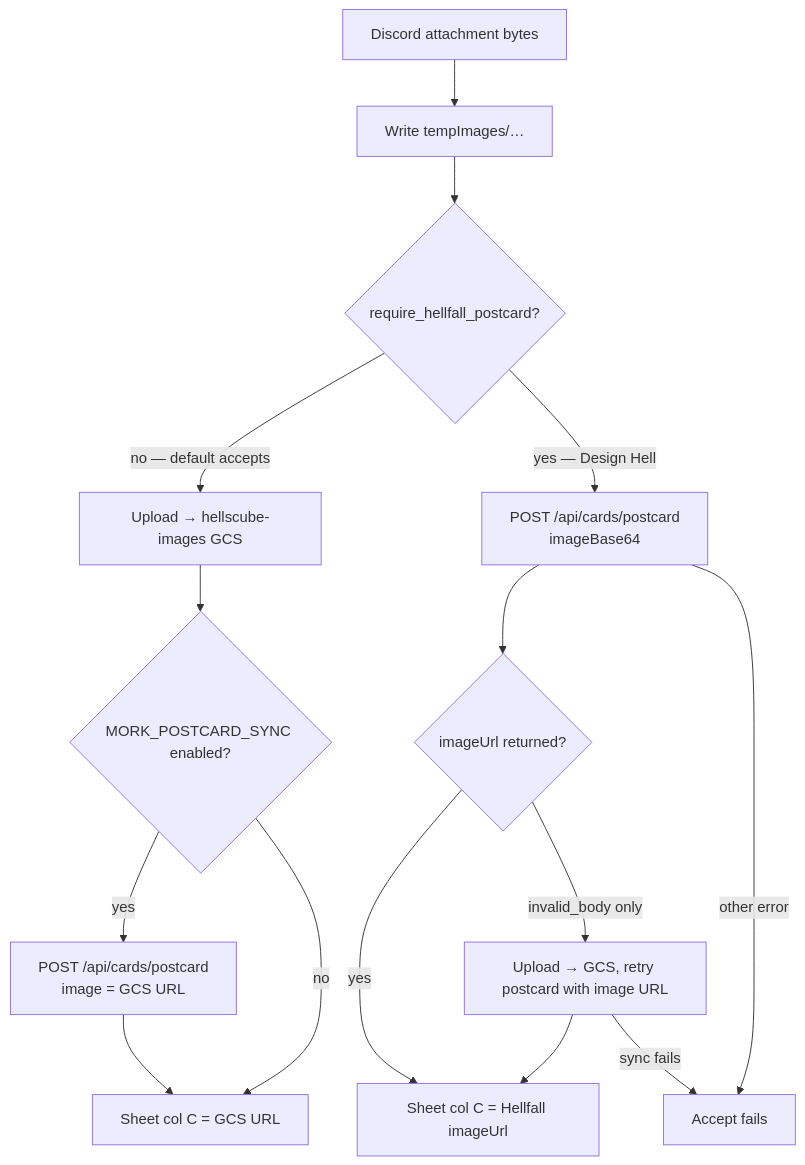
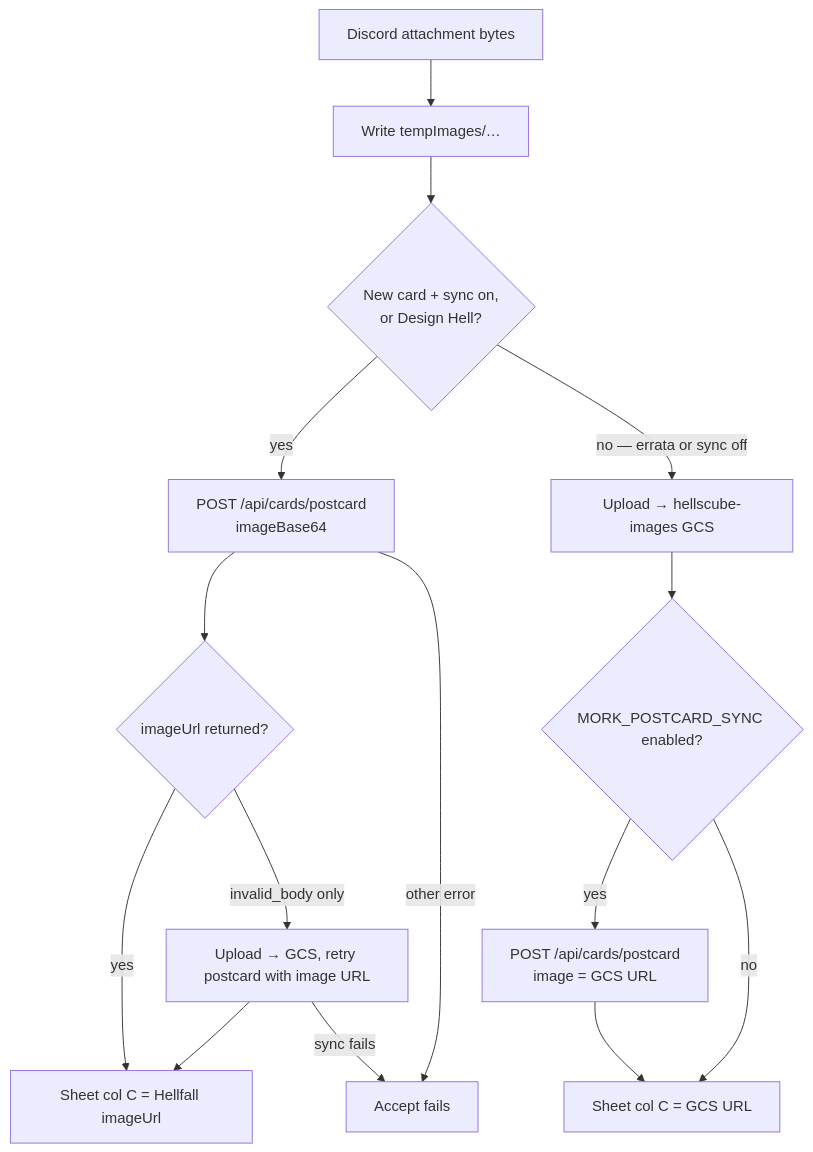
The second of 2 diagrams in docs/card-flows/acceptance.md (bones-bones/mork), drawn with Mermaid before and after one commit. The commit also changed other lines of this file and 2 other files, not shown here.

Commit message:
more postcard stuff

````diff
--- a/docs/card-flows/acceptance.md
+++ b/docs/card-flows/acceptance.md
@@ -48,19 +48,19 @@
 ```mermaid
 flowchart TD
   IN["Discord attachment bytes"] --> TMP["Write tempImages/…"]
-  TMP --> MODE{"require_hellfall_postcard?"}
+  TMP --> MODE{"New card + sync on,<br/>or Design Hell?"}
 
-  MODE -->|no — default accepts| GCS1["Upload → hellscube-images GCS"]
-  GCS1 --> OPT{"MORK_POSTCARD_SYNC enabled?"}
-  OPT -->|yes| PC1["POST /api/cards/postcard<br/>image = GCS URL"]
-  OPT -->|no| URL1["Sheet col C = GCS URL"]
-  PC1 --> URL1
-
-  MODE -->|yes — Design Hell| B64["POST /api/cards/postcard<br/>imageBase64"]
+  MODE -->|yes| B64["POST /api/cards/postcard<br/>imageBase64"]
   B64 --> OK{"imageUrl returned?"}
   OK -->|yes| URL2["Sheet col C = Hellfall imageUrl"]
   OK -->|invalid_body only| GCS2["Upload → GCS, retry postcard with image URL"]
   GCS2 --> URL2
   B64 -->|other error| FAIL["Accept fails"]
   GCS2 -->|sync fails| FAIL
+
+  MODE -->|no — errata or sync off| GCS1["Upload → hellscube-images GCS"]
+  GCS1 --> OPT{"MORK_POSTCARD_SYNC enabled?"}
+  OPT -->|yes| PC1["POST /api/cards/postcard<br/>image = GCS URL"]
+  OPT -->|no| URL1["Sheet col C = GCS URL"]
+  PC1 --> URL1
 ```
````
